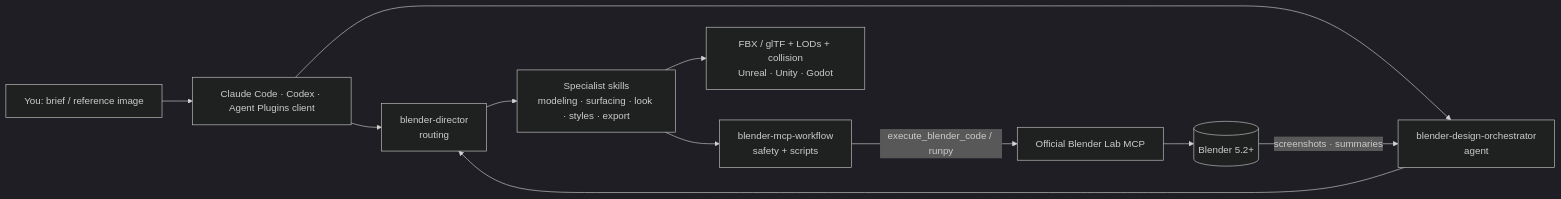
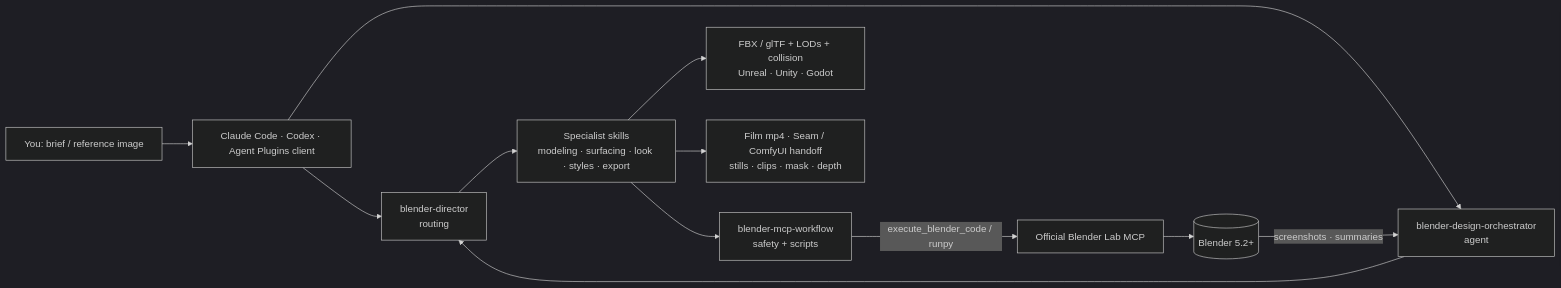
The diagram in README.md (proyecto26/blender-ai-plugin), drawn with Mermaid (dark theme) before and after one commit. The commit also changed other lines of this file and 853 other files, not shown here.

````diff
--- a/README.md
+++ b/README.md
@@ -218,13 +249,14 @@
 ```mermaid
 flowchart LR
     U[You: brief / reference image] --> A[Claude Code · Codex · Agent Plugins client]
     A --> D[blender-director<br/>routing]
     A --> O[blender-design-orchestrator<br/>agent]
     O --> D
     D --> S[Specialist skills<br/>modeling · surfacing · look · styles · export]
     S --> W[blender-mcp-workflow<br/>safety + scripts]
     W -- execute_blender_code / runpy --> M[Official Blender Lab MCP]
     M --> B[(Blender 5.2+)]
     B -- screenshots · summaries --> O
     S --> E[FBX / glTF + LODs + collision<br/>Unreal · Unity · Godot]
+    S --> V[Film mp4 · Seam / ComfyUI handoff<br/>stills · clips · mask · depth]
 ```
````
